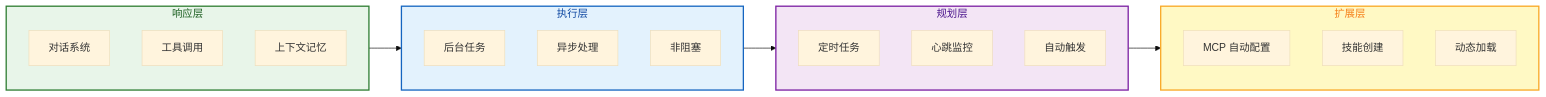
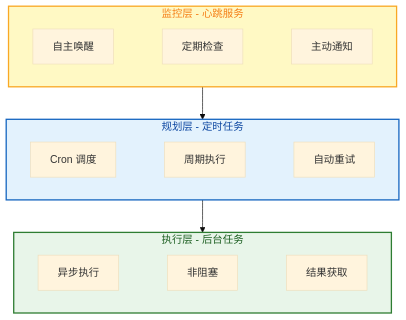
The seventh of 15 diagrams in docs/zh-CN/blog/finchbot-flexible-ai-agent-framework.md (zhangjingyuan177-hue/FinchBot), drawn with Mermaid (base theme) before and after one commit. The commit also changed other lines of this file and 4 other files, not shown here.

````diff
--- a/docs/zh-CN/blog/finchbot-flexible-ai-agent-framework.md
+++ b/docs/zh-CN/blog/finchbot-flexible-ai-agent-framework.md
@@ -791,33 +357,24 @@
 ```mermaid
-flowchart LR
-    subgraph L1["响应层"]
-        R1["对话系统"]
-        R2["工具调用"]
-        R3["上下文记忆"]
+flowchart TB
+    classDef layer1 fill:#e8f5e9,stroke:#2e7d32,stroke-width:2px,color:#1b5e20;
+    classDef layer2 fill:#e3f2fd,stroke:#1565c0,stroke-width:2px,color:#0d47a1;
+    classDef layer3 fill:#fff9c4,stroke:#f9a825,stroke-width:2px,color:#f57f17;
+
+    subgraph L3["监控层 - 心跳服务"]
+        H1[自主唤醒] ~~~ H2[定期检查] ~~~ H3[主动通知]
     end
 
-    subgraph L2["执行层"]
-        X1["后台任务"]
-        X2["异步处理"]
-        X3["非阻塞"]
+    subgraph L2["规划层 - 定时任务"]
+        C1[Cron 调度] ~~~ C2[周期执行] ~~~ C3[自动重试]
     end
 
-    subgraph L3["规划层"]
-        P1["定时任务"]
-        P2["心跳监控"]
-        P3["自动触发"]
+    subgraph L1["执行层 - 后台任务"]
+        B1[异步执行] ~~~ B2[非阻塞] ~~~ B3[结果获取]
     end
 
-    subgraph L4["扩展层"]
-        E1["MCP 自动配置"]
-        E2["技能创建"]
-        E3["动态加载"]
-    end
-
-    L1 --> L2 --> L3 --> L4
+    L3 --> L2 --> L1
 
     style L1 fill:#e8f5e9,stroke:#2e7d32,stroke-width:2px,color:#1b5e20
     style L2 fill:#e3f2fd,stroke:#1565c0,stroke-width:2px,color:#0d47a1
-    style L3 fill:#f3e5f5,stroke:#7b1fa2,stroke-width:2px,color:#4a148c
-    style L4 fill:#fff9c4,stroke:#f9a825,stroke-width:2px,color:#f57f17
+    style L3 fill:#fff9c4,stroke:#f9a825,stroke-width:2px,color:#f57f17
 ```
````
